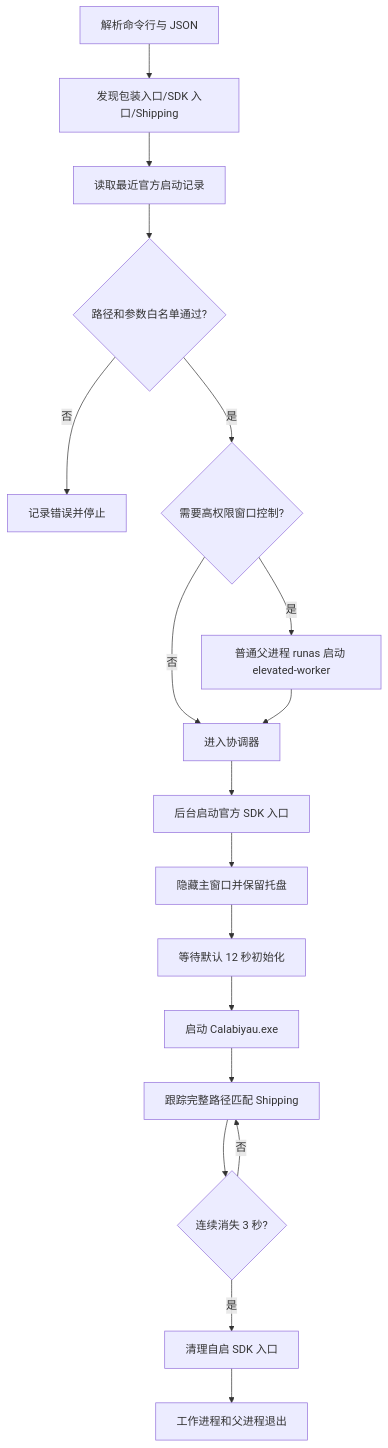
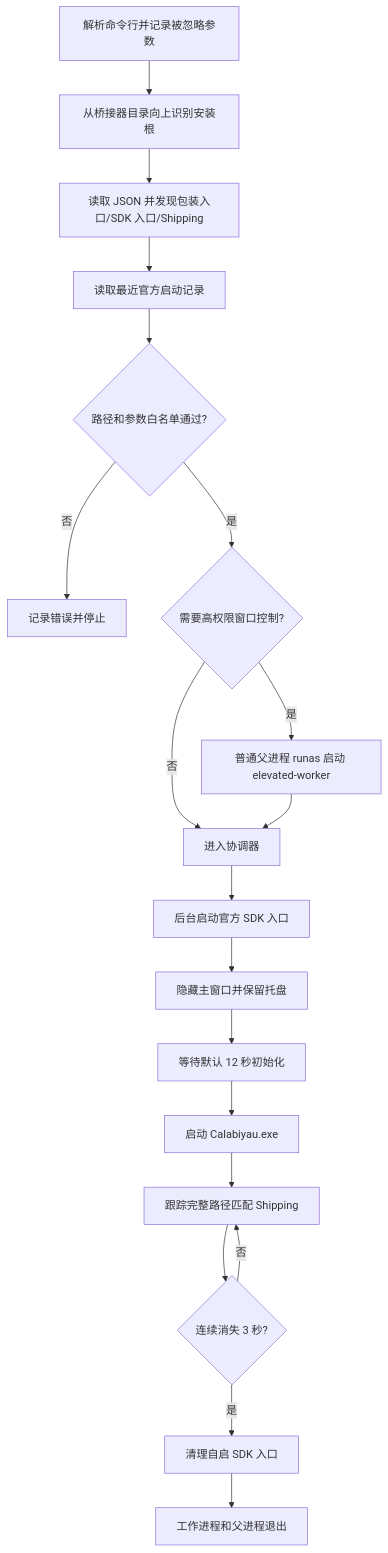
Before and after one commit to Clearlove0923/GameLaunchBridges: the first of 2 diagrams in docs/CalabiyauLaunchBridge.md, drawn with Mermaid. The commit also changed other lines of this file and 7 other files, not shown here.

````diff
--- a/docs/CalabiyauLaunchBridge.md
+++ b/docs/CalabiyauLaunchBridge.md
@@ -26,20 +26,21 @@
 ```mermaid
 flowchart TD
-    A[解析命令行与 JSON] --> B[发现包装入口/SDK 入口/Shipping]
+    A[解析命令行并记录被忽略参数] --> R[从桥接器目录向上识别安装根]
+    R --> B[读取 JSON 并发现包装入口/SDK 入口/Shipping]
     B --> C[读取最近官方启动记录]
     C --> D{路径和参数白名单通过?}
     D -- 否 --> X[记录错误并停止]
     D -- 是 --> E{需要高权限窗口控制?}
     E -- 是 --> F[普通父进程 runas 启动 elevated-worker]
     E -- 否 --> G[进入协调器]
     F --> G
     G --> H[后台启动官方 SDK 入口]
     H --> I[隐藏主窗口并保留托盘]
     I --> J[等待默认 12 秒初始化]
     J --> K[启动 Calabiyau.exe]
     K --> L[跟踪完整路径匹配 Shipping]
     L --> M{连续消失 3 秒?}
     M -- 否 --> L
     M -- 是 --> N[清理自启 SDK 入口]
     N --> O[工作进程和父进程退出]
 ```
````
